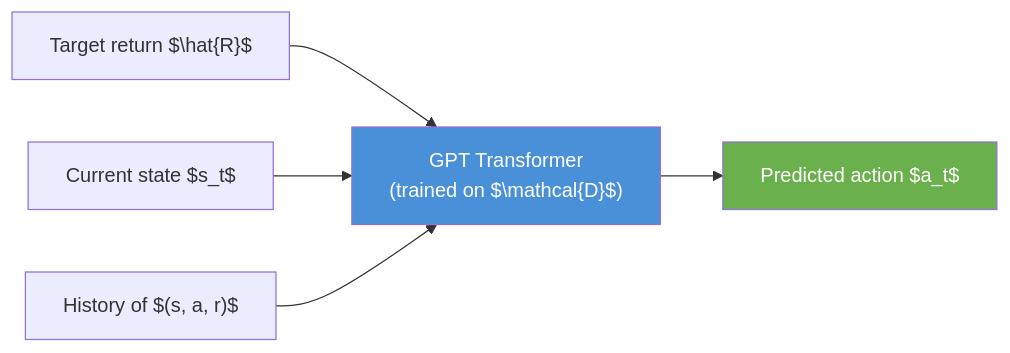
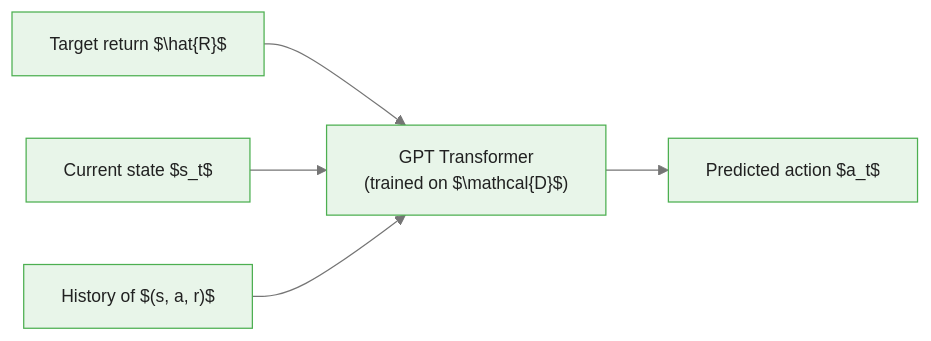
Before and after one commit to m-deane/course-creator: the third of 4 diagrams in courses/reinforcement-learning/modules/module_09_frontiers/guides/02_offline_rl_slides.md, drawn with Mermaid. The commit also changed other lines of this file and 131 other files, not shown here.

````diff
--- a/courses/reinforcement-learning/modules/module_09_frontiers/guides/02_offline_rl_slides.md
+++ b/courses/reinforcement-learning/modules/module_09_frontiers/guides/02_offline_rl_slides.md
@@ -142,9 +166,8 @@
 ```mermaid
+%%{init: {"theme": "base", "themeVariables": {"primaryColor": "#e8f5e9", "primaryBorderColor": "#4caf50", "primaryTextColor": "#212121", "secondaryColor": "#e3f2fd", "tertiaryColor": "#fff8e1", "lineColor": "#757575", "fontFamily": "Inter, sans-serif", "fontSize": "14px"}}}%%
 flowchart LR
     RTG["Target return $\hat{R}$"] --> TR["GPT Transformer\n(trained on $\mathcal{D}$)"]
     S["Current state $s_t$"] --> TR
     H["History of $(s, a, r)$"] --> TR
     TR --> A["Predicted action $a_t$"]
-    style TR fill:#4A90D9,color:#fff
-    style A fill:#6ab04c,color:#fff
 ```
````
